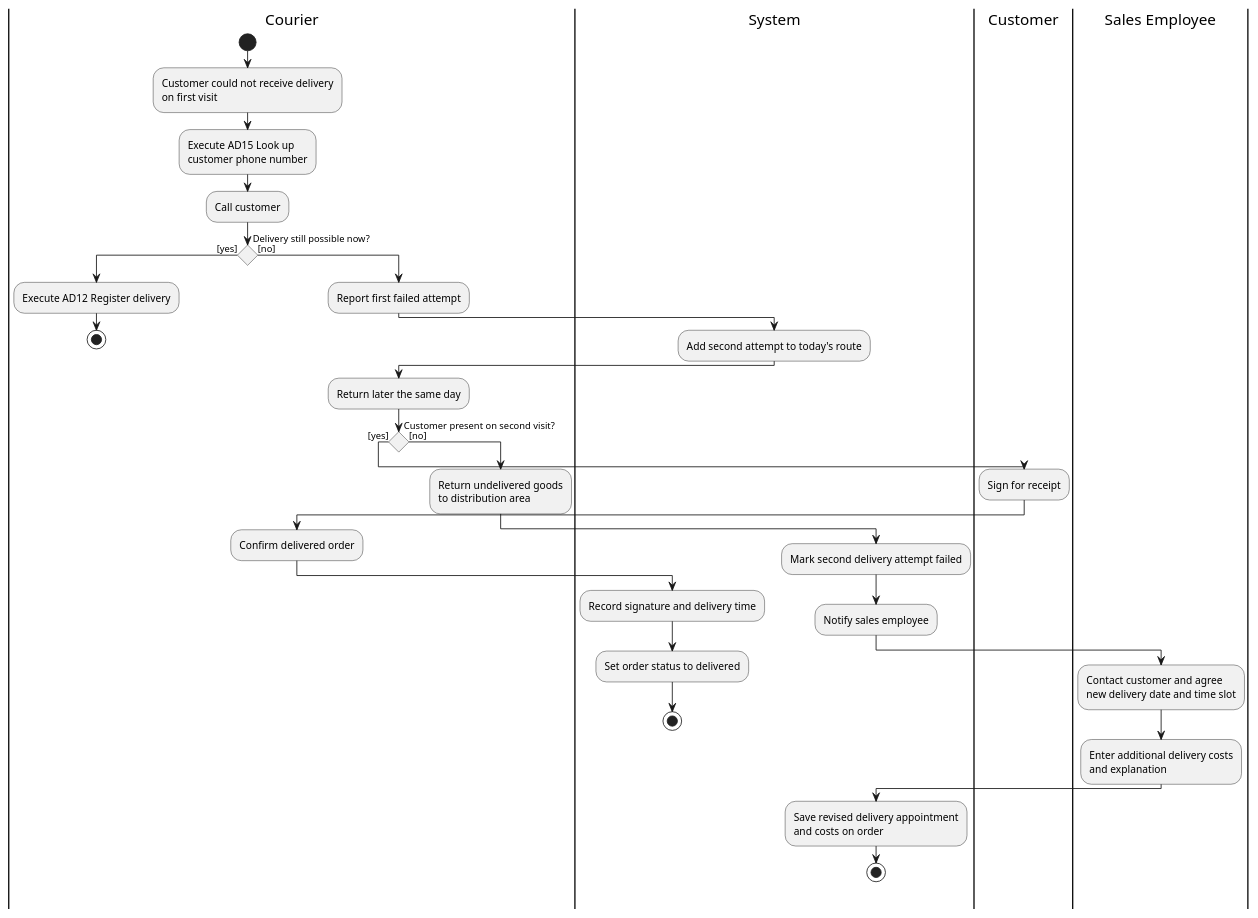
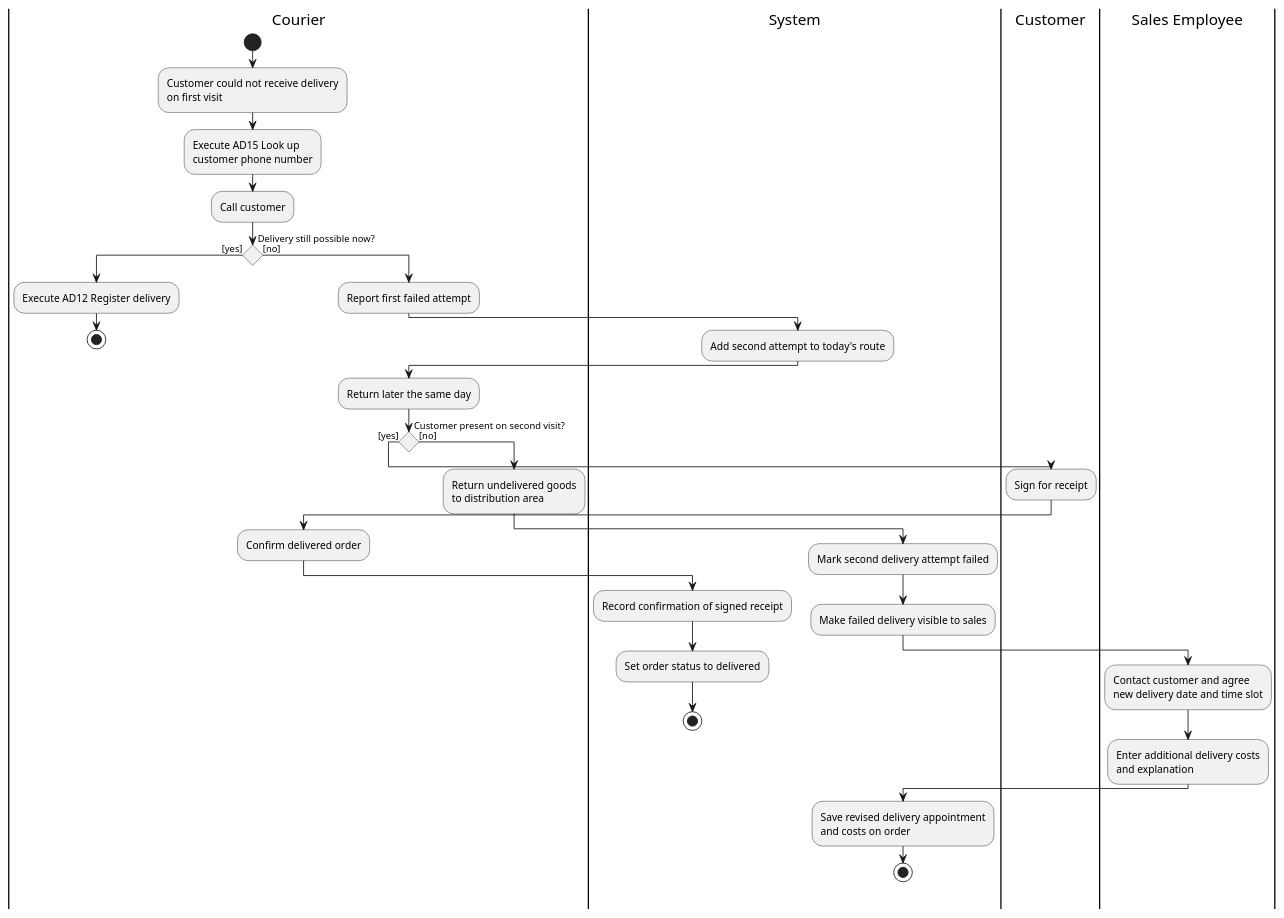
One commit to ViktorQorri/Project-Timaflu changed the diagram in Documentation/Architecture/uml/src/activity_diagrams/AD27_Handle_failed_delivery.puml. Above: the diagram before and after it, drawn with PlantUML. The commit also changed 23 other files, not shown here.

Commit message:
Align LU3 use cases, process diagrams and assessment evidence

```diff
--- a/Documentation/Architecture/uml/src/activity_diagrams/AD27_Handle_failed_delivery.puml
+++ b/Documentation/Architecture/uml/src/activity_diagrams/AD27_Handle_failed_delivery.puml
@@ -1,43 +1,43 @@
 @startuml
 skinparam conditionStyle diamond
 skinparam ConditionEndStyle diamond
 skinparam ActivityDiamondFontSize 11
 
 |Courier|
 start
 :Customer could not receive delivery\non first visit;
 :Execute AD15 Look up\ncustomer phone number;
 :Call customer;
 if (Delivery still possible now?) then ([yes])
   :Execute AD12 Register delivery;
   stop
 else ([no])
   :Report first failed attempt;
   |System|
   :Add second attempt to today's route;
   |Courier|
   :Return later the same day;
   if (Customer present on second visit?) then ([yes])
     |Customer|
     :Sign for receipt;
     |Courier|
     :Confirm delivered order;
     |System|
-    :Record signature and delivery time;
+    :Record confirmation of signed receipt;
     :Set order status to delivered;
     stop
   else ([no])
     |Courier|
     :Return undelivered goods\nto distribution area;
     |System|
     :Mark second delivery attempt failed;
-    :Notify sales employee;
+    :Make failed delivery visible to sales;
     |Sales Employee|
     :Contact customer and agree\nnew delivery date and time slot;
     :Enter additional delivery costs\nand explanation;
     |System|
     :Save revised delivery appointment\nand costs on order;
     stop
   endif
 endif
 @enduml
```
